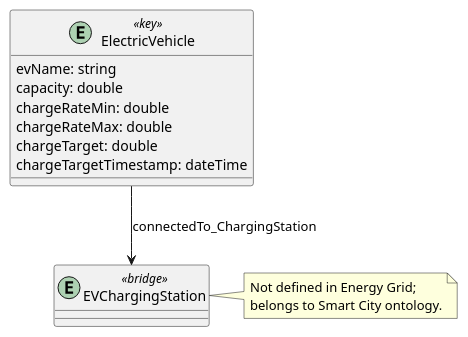
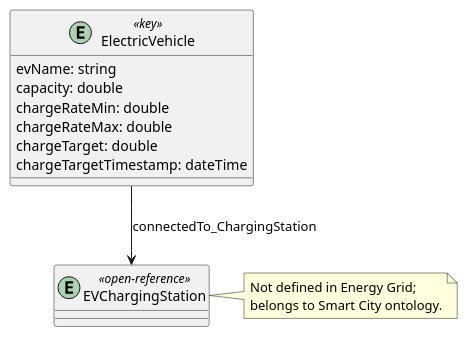
Before and after one commit to HenriKCorrea/agentwin-knowledge-graph: the diagram in diagrams/energy-grid/energy-grid-electric-vehicle.puml, drawn with PlantUML. The commit also changed 2 other files, not shown here.

Commit message:
refactor: change Energy Grid EVChargingstation from <<bridge>> to <<open-reference>>

```diff
--- a/diagrams/energy-grid/energy-grid-electric-vehicle.puml
+++ b/diagrams/energy-grid/energy-grid-electric-vehicle.puml
@@ -7,35 +7,35 @@
 @startuml Energy Grid Electric Vehicle
 
 ' NOTE: EVChargingStation is referenced here for cross-domain linkage,
 ' but it is not defined in the Energy Grid ontology. It belongs to the Smart City ontology.
-entity EVChargingStation <<bridge>> {
+entity EVChargingStation <<open-reference>> {
 }
 
 ' Adapted from CIM and https://github.com/smart-data-models/dataModel.EnergyCIM/ data models: an electric vehicle model
 ' An electric vehicle (EV) is a vehicle that uses one or more electric motors or traction motors for propulsion.
 ' An electric vehicle may be powered through a collector system by electricity from off-vehicle sources,
 ' or may be self-contained with a battery, solar panels, fuel cells or an electric generator to convert fuel to electricity.
 '
 ' <<key>> decision:
 ' - **`ElectricVehicle`** — the demand side of the problem. Its `chargeRateMax` sets the upper bound on which station power levels are compatible, `chargeTarget` quantifies how much energy is needed, and `chargeTargetTimestamp` establishes urgency. Without these, no assignment decision can be made.
 entity ElectricVehicle <<key>> {
     evName: string /' The name of the electric vehicle. '/
     capacity: double /' Total EV battery capacity. '/
     ' chargeMin: double /' Minimum charge limit. '/
     chargeRateMin: double /' Minimum charging rate. '/
     chargeRateMax: double /' Maximum charging rate. '/
     ' dischargeRateMin: double /' Minimum discharge rate. '/
     ' dischargeRateMax: double /' Maximum discharge rate. '/
     chargeTarget: double /' Target capacity to be charged '/
     chargeTargetTimestamp: dateTime /' Target end datetime to be charged '/
     ' -- connectedTo_ChargingStation --> EVChargingStation /' EV --> ChargingStation '/
 }
 
 ElectricVehicle --> EVChargingStation : connectedTo_ChargingStation /' EV --> ChargingStation '/
 
 note right of EVChargingStation
 Not defined in Energy Grid;
 belongs to Smart City ontology.
 end note
 
 @enduml
```
